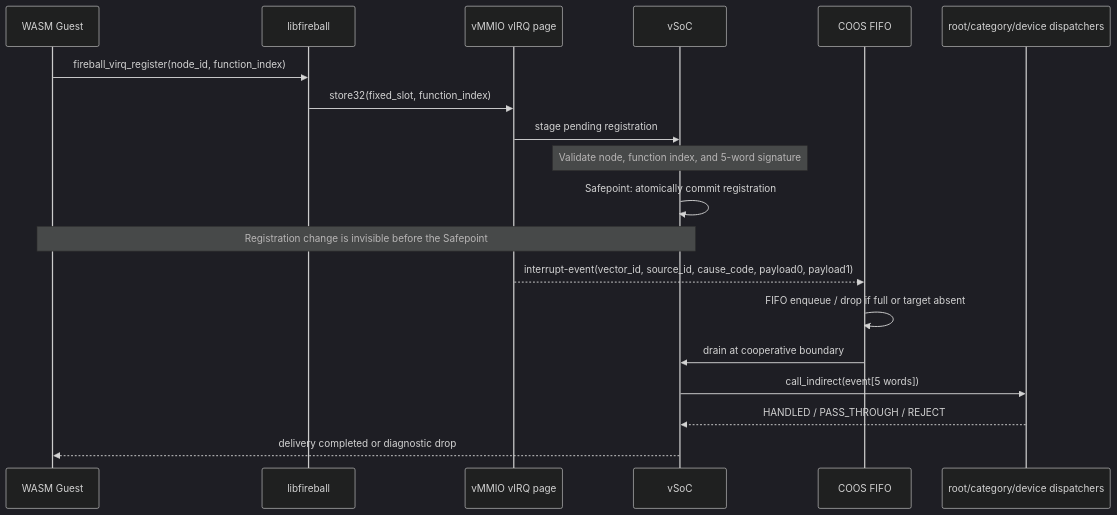
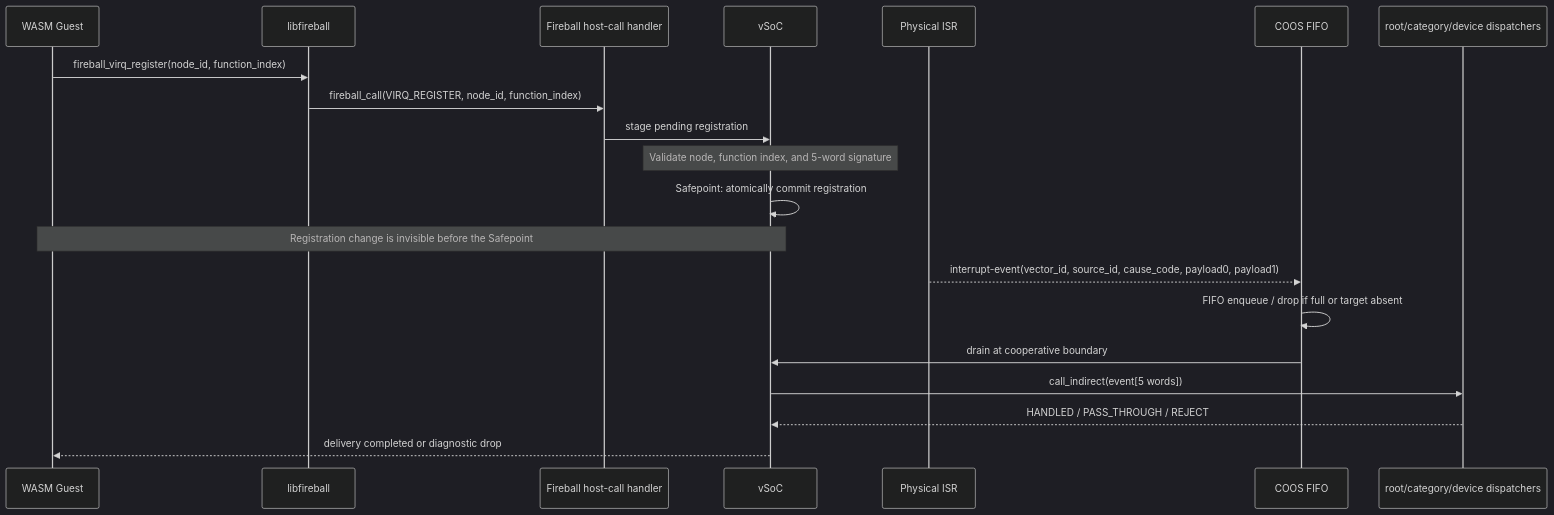
The third of 3 diagrams in docs/components/tier3_platform/libfireball.md (kmt-t/fireball), drawn with Mermaid (dark theme) before and after one commit. The commit also changed other lines of this file and 10 other files, not shown here.

Commit message:
Clarify vIRQ registration and asynchronous event delivery

````diff
--- a/docs/components/tier3_platform/libfireball.md
+++ b/docs/components/tier3_platform/libfireball.md
@@ -114,22 +116,23 @@
 ```mermaid
 sequenceDiagram
     participant G as WASM Guest
     participant L as libfireball
-    participant V as vMMIO vIRQ page
+    participant H as Fireball host-call handler
     participant S as vSoC
+    participant I as Physical ISR
     participant C as COOS FIFO
     participant R as root/category/device dispatchers
 
     G->>L: fireball_virq_register(node_id, function_index)
-    L->>V: store32(fixed_slot, function_index)
-    V->>S: stage pending registration
+    L->>H: fireball_call(VIRQ_REGISTER, node_id, function_index)
+    H->>S: stage pending registration
     Note over S: Validate node, function index, and 5-word signature
     S->>S: Safepoint: atomically commit registration
     Note over G,S: Registration change is invisible before the Safepoint
-    V-->>C: interrupt-event(vector_id, source_id, cause_code, payload0, payload1)
+    I-->>C: interrupt-event(vector_id, source_id, cause_code, payload0, payload1)
     C->>C: FIFO enqueue / drop if full or target absent
     C->>S: drain at cooperative boundary
     S->>R: call_indirect(event[5 words])
     R-->>S: HANDLED / PASS_THROUGH / REJECT
     S-->>G: delivery completed or diagnostic drop
 ```
````
